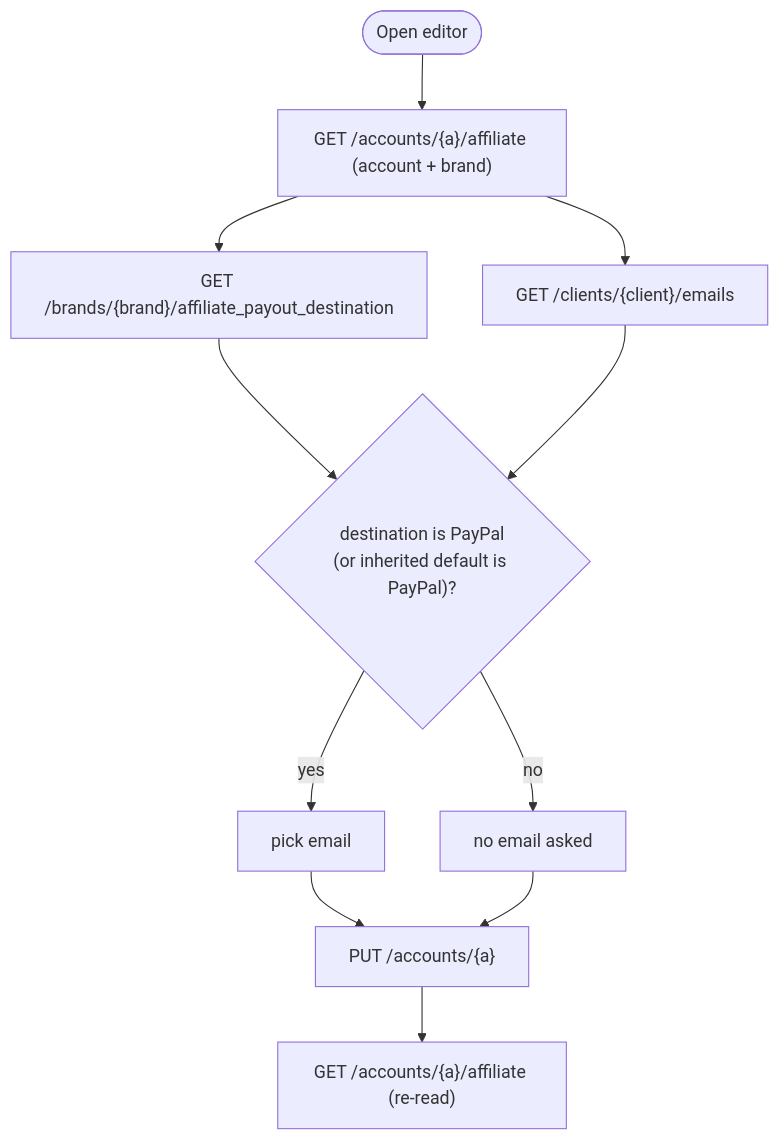
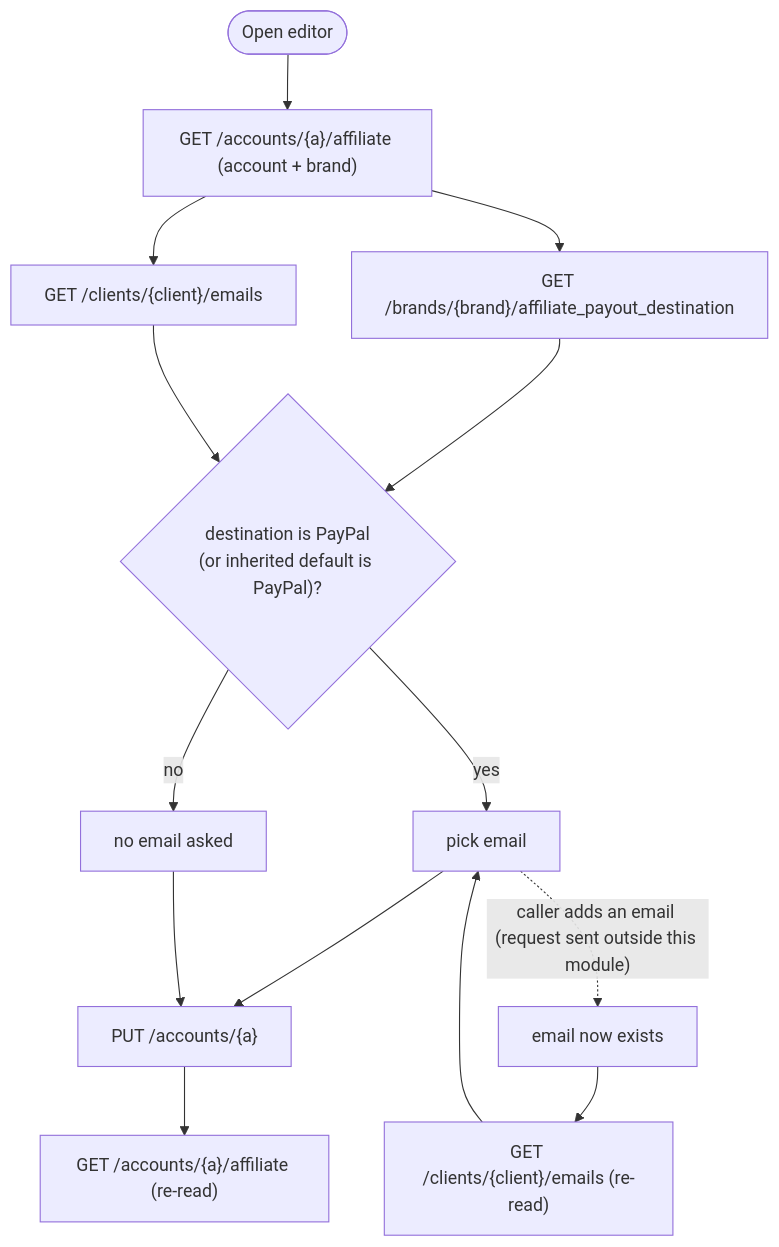
The third of 4 diagrams in packages/headless/src/modules/affiliate/docs/foundation.md (upmind/upmind-ui), drawn with Mermaid before and after one commit. The commit also changed other lines of this file and 49 other files, not shown here.

First line of the commit message:
feat(FE-3227): affiliate module — client×self account, links, referrals, commissions, payouts, payout destination and guest link visit

````diff
--- a/packages/headless/src/modules/affiliate/docs/foundation.md
+++ b/packages/headless/src/modules/affiliate/docs/foundation.md
@@ -668,13 +668,16 @@
 ```mermaid
 flowchart TD
   A(["Open editor"]) --> B["GET /accounts/{a}/affiliate (account + brand)"]
   B --> C["GET /brands/{brand}/affiliate_payout_destination"]
   B --> D["GET /clients/{client}/emails"]
   C --> E{"destination is PayPal<br/>(or inherited default is PayPal)?"}
   D --> E
   E -- yes --> F["pick email"]
   E -- no --> G["no email asked"]
   F --> H["PUT /accounts/{a}"]
   G --> H
   H --> I["GET /accounts/{a}/affiliate (re-read)"]
+  F -. "caller adds an email (request sent outside this module)" .-> J["email now exists"]
+  J --> K["GET /clients/{client}/emails (re-read)"]
+  K --> F
 ```
````
